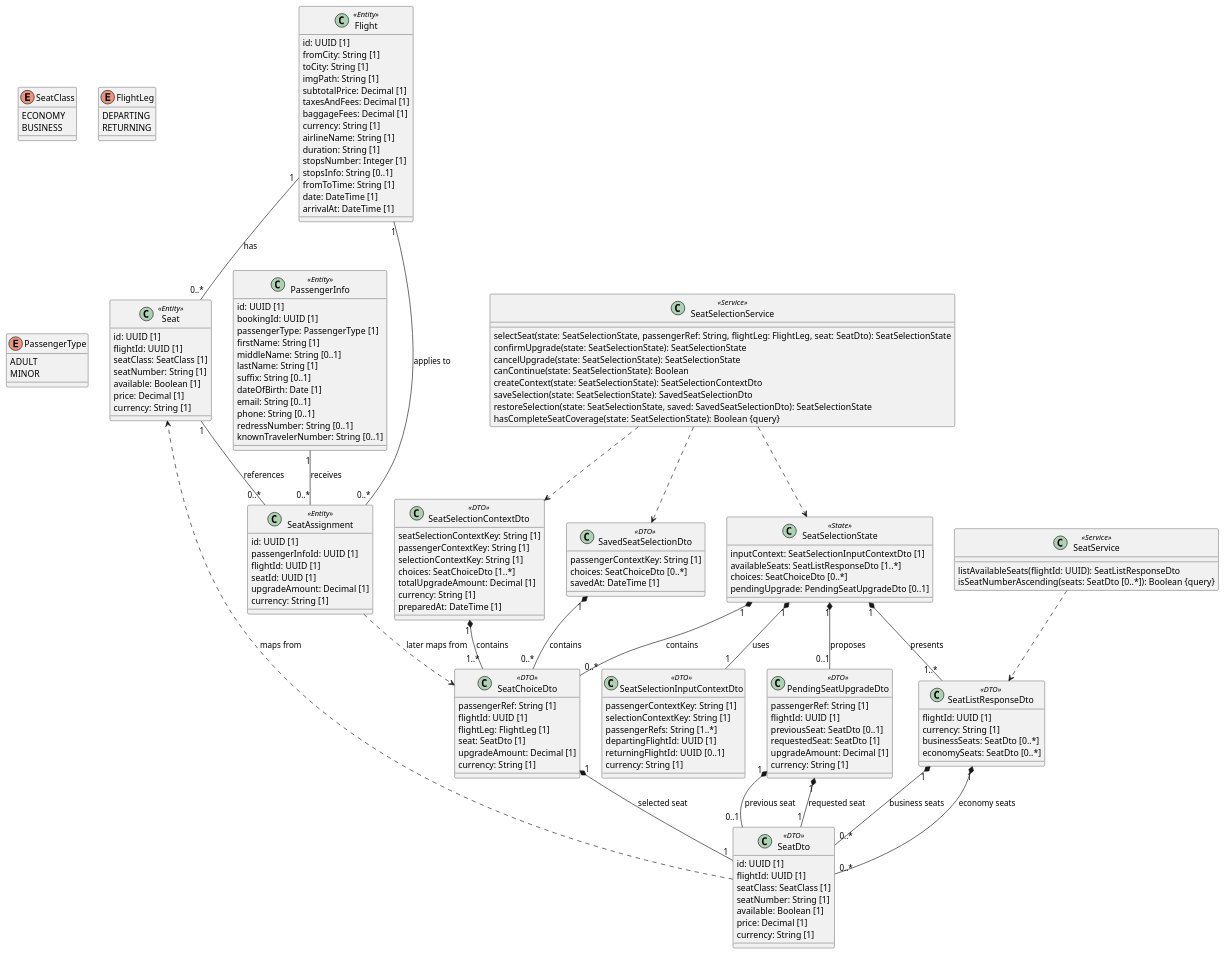
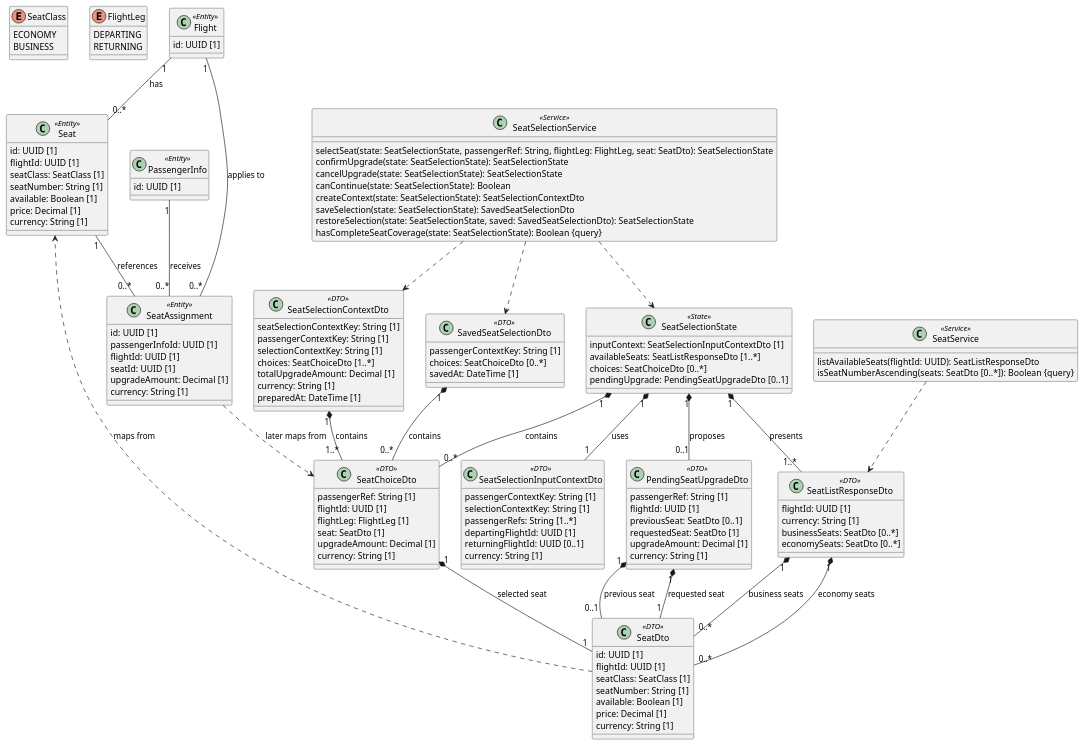
Before and after one commit to khanhNguyenHong2311/VT-TripmaSpecification: the diagram in 01-inception/use-cases/uc-04-select-seats.md, drawn with PlantUML. The commit also changed 12 other files, not shown here.

Commit message:
feat: add database-schema, uc08, 09, 12; modify: all uc

```diff
--- a/01-inception/use-cases/uc-04-select-seats.md
+++ b/01-inception/use-cases/uc-04-select-seats.md
@@ -146,27 +146,8 @@
   RETURNING
 }
 
-enum PassengerType {
-  ADULT
-  MINOR
-}
-
 class Flight <<Entity>> {
   id: UUID [1]
-  fromCity: String [1]
-  toCity: String [1]
-  imgPath: String [1]
-  subtotalPrice: Decimal [1]
-  taxesAndFees: Decimal [1]
-  baggageFees: Decimal [1]
-  currency: String [1]
-  airlineName: String [1]
-  duration: String [1]
-  stopsNumber: Integer [1]
-  stopsInfo: String [0..1]
-  fromToTime: String [1]
-  date: DateTime [1]
-  arrivalAt: DateTime [1]
 }
 
 class Seat <<Entity>> {
@@ -181,17 +162,6 @@
 
 class PassengerInfo <<Entity>> {
   id: UUID [1]
-  bookingId: UUID [1]
-  passengerType: PassengerType [1]
-  firstName: String [1]
-  middleName: String [0..1]
-  lastName: String [1]
-  suffix: String [0..1]
-  dateOfBirth: Date [1]
-  email: String [0..1]
-  phone: String [0..1]
-  redressNumber: String [0..1]
-  knownTravelerNumber: String [0..1]
 }
 
 class SeatAssignment <<Entity>> {
```
